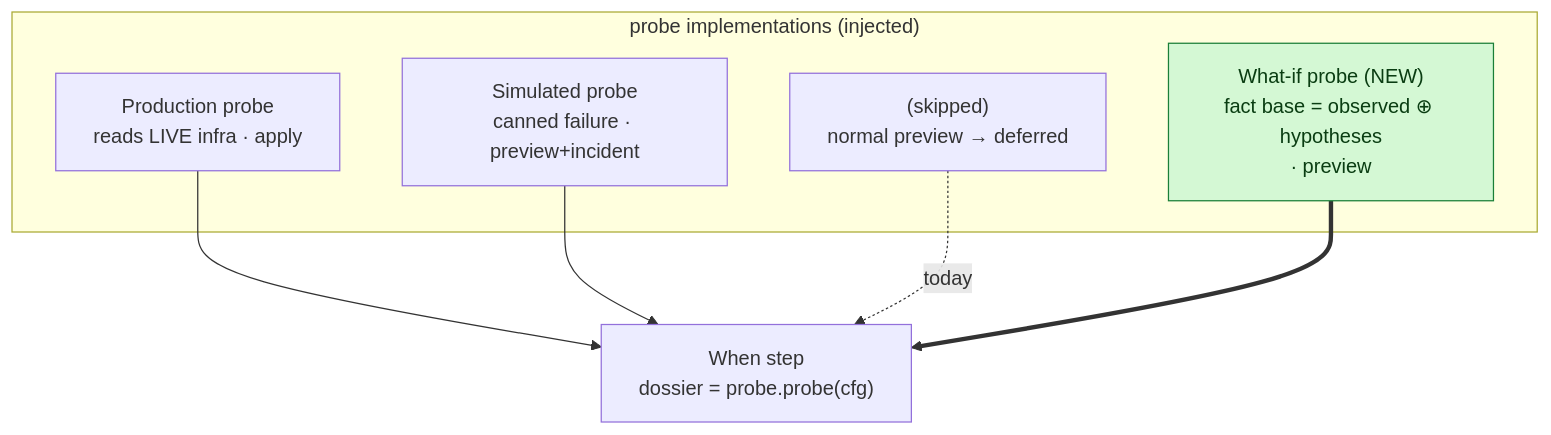
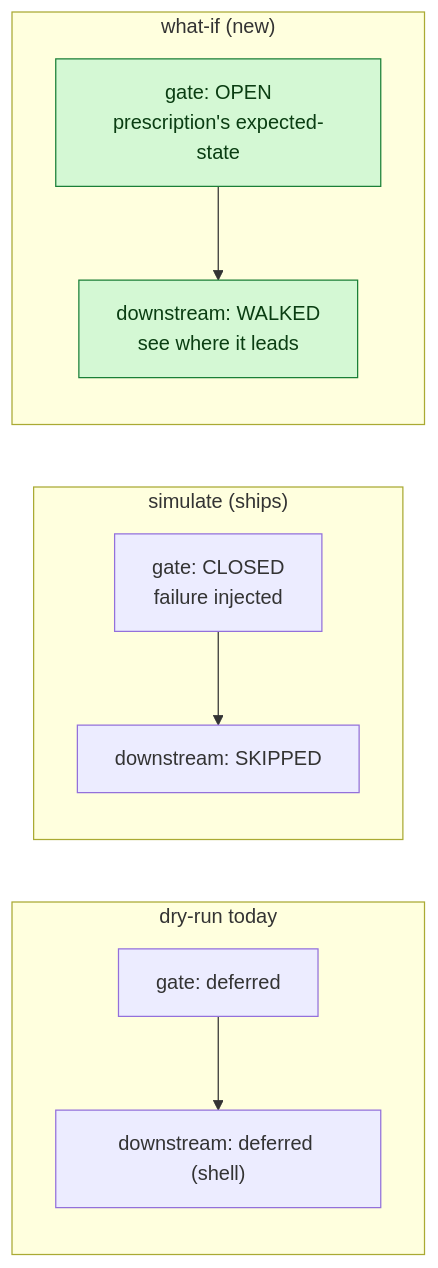
Before and after one commit to nxmatic/rke2lab: the third of 7 diagrams in wip/preview-whatif-replay-exploration.adoc, drawn with Mermaid. The commit also changed other lines of this file and 4 other files, not shown here.

```diff
--- a/wip/preview-whatif-replay-exploration.adoc
+++ b/wip/preview-whatif-replay-exploration.adoc
@@ -78,18 +322,15 @@
 [mermaid]
 ....
-flowchart TB
-  When["When step<br/>dossier = probe.probe(cfg)"]
-  subgraph Sources["probe implementations (injected)"]
-    Prod["Production probe<br/>reads LIVE infra · apply"]
-    Sim["Simulated probe<br/>canned failure · preview+incident"]
-    Defer["(skipped)<br/>normal preview → deferred"]
-    WhatIf["What-if probe (NEW)<br/>fact base = observed ⊕ hypotheses<br/>· preview"]
+flowchart LR
+  subgraph today["dry-run today"]
+    D1["gate: deferred"] --> D2["downstream: deferred (shell)"]
   end
-  Prod --> When
-  Sim --> When
-  Defer -. today .-> When
-  WhatIf ==> When
-
-  classDef new fill:#d4f8d4,stroke:#1a7f37,color:#0a3d12;
-  class WhatIf new;
+  subgraph sim["simulate (ships)"]
+    S1["gate: CLOSED<br/>failure injected"] --> S2["downstream: SKIPPED"]
+  end
+  subgraph whatif["what-if (new)"]
+    W1["gate: OPEN<br/>prescription's expected-state"] --> W2["downstream: WALKED<br/>see where it leads"]
+  end
+  classDef hot fill:#d4f8d4,stroke:#1a7f37,color:#0a3d12;
+  class W1,W2 hot;
 ....
```
